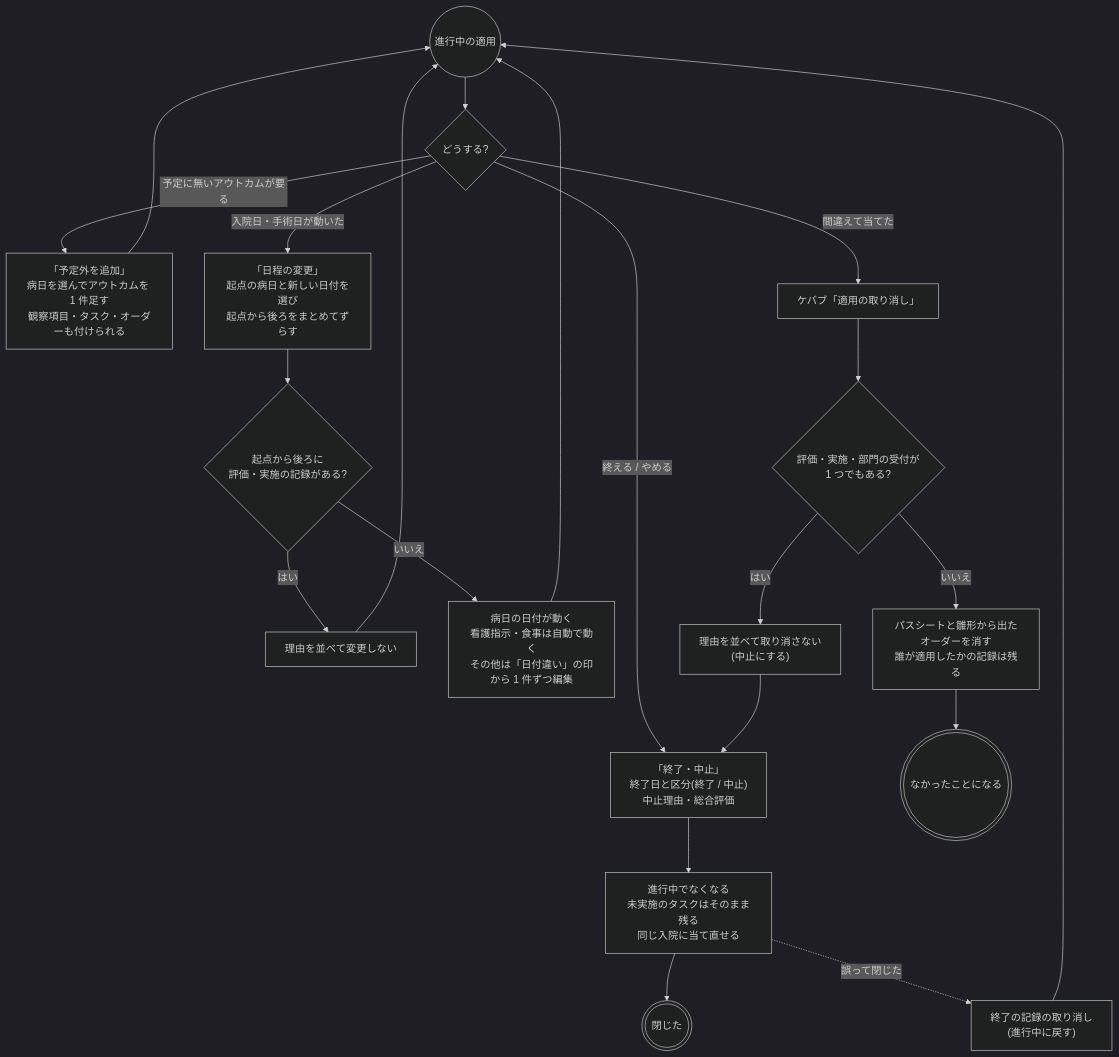
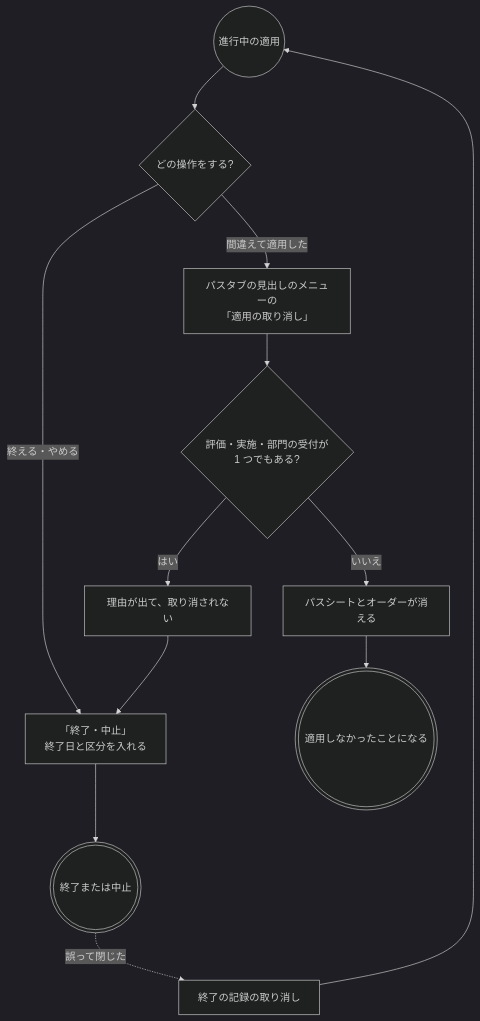
The seventh of 7 diagrams in docs/flows/clinical-pathway.md (ysnr-dev/fhir-client-docs), drawn with Mermaid (dark theme) before and after one commit. The commit also changed other lines of this file and 43 other files, not shown here.

Commit message:
docs: 業務フローとシーケンス図を写し直し

````diff
--- a/docs/flows/clinical-pathway.md
+++ b/docs/flows/clinical-pathway.md
@@ -266,30 +455,20 @@
 ```mermaid
 flowchart TD
   course(("進行中の適用"))
-  what{"どうする?"}
-  unplanned["「予定外を追加」<br/>病日を選んでアウトカムを 1 件足す<br/>観察項目・タスク・オーダーも付けられる"]
-  shift["「日程の変更」<br/>起点の病日と新しい日付を選び<br/>起点から後ろをまとめてずらす"]
-  shiftCheck{"起点から後ろに<br/>評価・実施の記録がある?"}
-  shiftNg["理由を並べて変更しない"]
-  shiftOk["病日の日付が動く<br/>看護指示・食事は自動で動く<br/>その他は「日付違い」の印から 1 件ずつ編集"]
-  closing["「終了・中止」<br/>終了日と区分(終了 / 中止)<br/>中止理由・総合評価"]
-  closed["進行中でなくなる<br/>未実施のタスクはそのまま残る<br/>同じ入院に当て直せる"]
-  reopen["終了の記録の取り消し<br/>(進行中に戻す)"]
-  cancel["ケバブ「適用の取り消し」"]
+  what{"どの操作をする?"}
+  closing["「終了・中止」<br/>終了日と区分を入れる"]
+  closed((("終了または中止")))
+  reopen["終了の記録の取り消し"]
+  cancel["パスタブの見出しのメニューの<br/>「適用の取り消し」"]
   cancelCheck{"評価・実施・部門の受付が<br/>1 つでもある?"}
-  cancelNg["理由を並べて取り消さない<br/>(中止にする)"]
-  cancelOk["パスシートと雛形から出たオーダーを消す<br/>誰が適用したかの記録は残る"]
-  done((("閉じた")))
-  gone((("なかったことになる")))
+  cancelNg["理由が出て、取り消されない"]
+  cancelOk["パスシートとオーダーが消える"]
+  gone((("適用しなかったことになる")))
 
   course --> what
-  what -- "予定に無いアウトカムが要る" --> unplanned --> course
-  what -- "入院日・手術日が動いた" --> shift --> shiftCheck
-  shiftCheck -- "はい" --> shiftNg --> course
-  shiftCheck -- "いいえ" --> shiftOk --> course
-  what -- "終える / やめる" --> closing --> closed --> done
+  what -- "終える・やめる" --> closing --> closed
   closed -. "誤って閉じた" .-> reopen --> course
-  what -- "間違えて当てた" --> cancel --> cancelCheck
+  what -- "間違えて適用した" --> cancel --> cancelCheck
   cancelCheck -- "はい" --> cancelNg --> closing
   cancelCheck -- "いいえ" --> cancelOk --> gone
 ```
````
